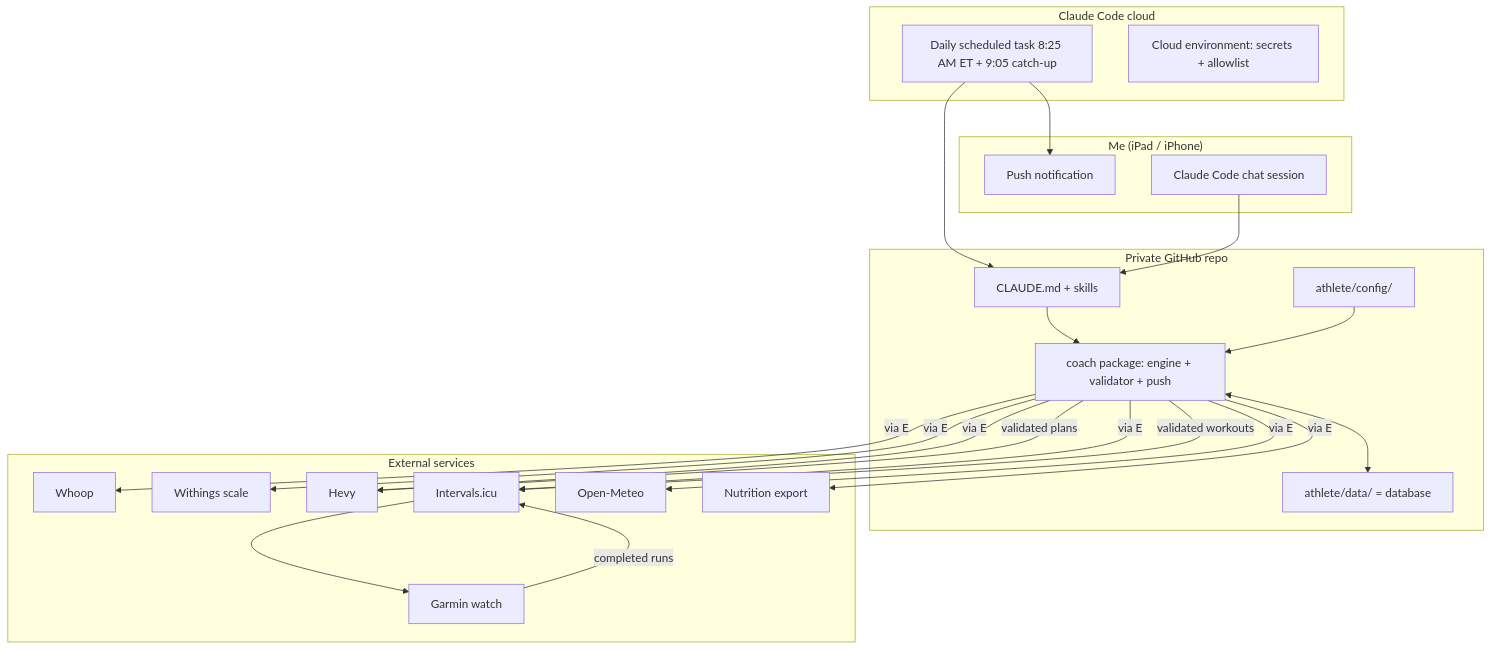
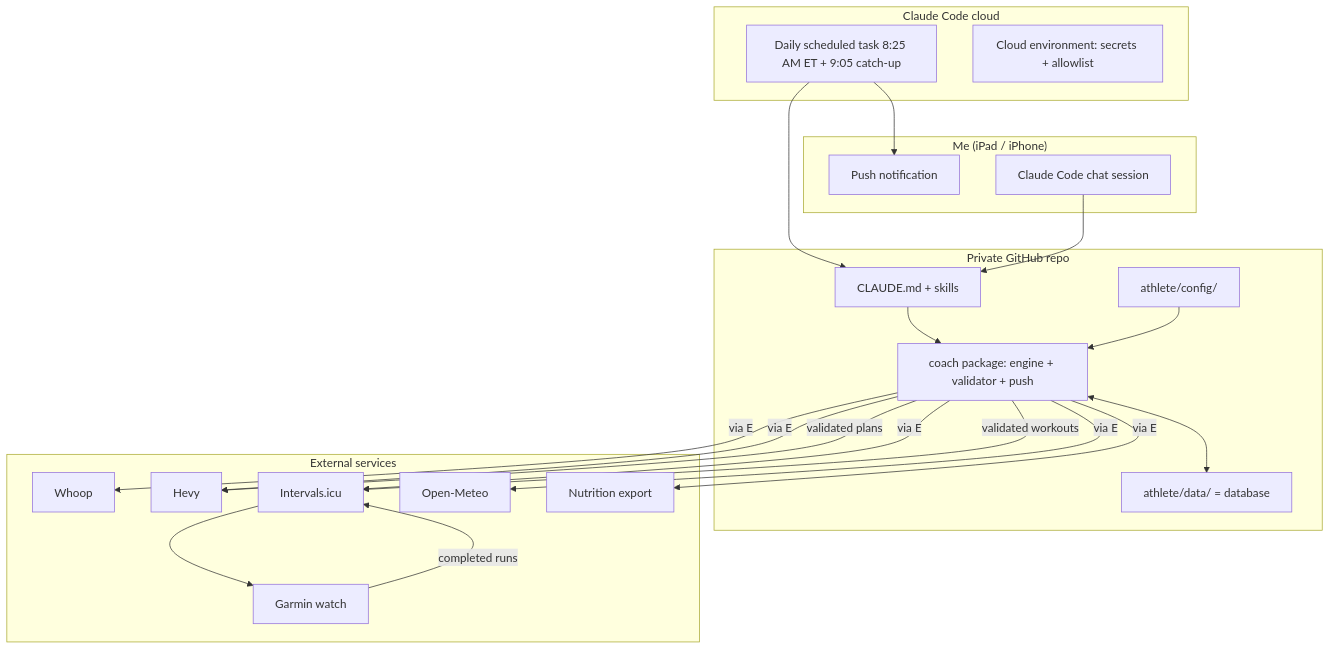
One commit to evanspill/coach changed the first of 6 diagrams in docs/ARCHITECTURE.md. Above: the diagram before and after it, drawn with Mermaid. The commit also changed other lines of this file and 41 other files, not shown here.

````diff
--- a/docs/ARCHITECTURE.md
+++ b/docs/ARCHITECTURE.md
@@ -6,37 +6,36 @@
 ```mermaid
 flowchart TB
   subgraph Me["Me (iPad / iPhone)"]
     N[Push notification]
     S[Claude Code chat session]
   end
   subgraph Claude["Claude Code cloud"]
     T[Daily scheduled task 8:25 AM ET + 9:05 catch-up]
     E[Cloud environment: secrets + allowlist]
   end
   subgraph Repo["Private GitHub repo"]
     K[CLAUDE.md + skills]
     C[athlete/config/]
     P[coach package: engine + validator + push]
     ST[athlete/data/ = database]
   end
   subgraph APIs["External services"]
     W[Whoop]
-    WS[Withings scale]
     H[Hevy]
     I[Intervals.icu]
     G[Garmin watch]
     M[Open-Meteo]
     NU[Nutrition export]
   end
   T --> K
   S --> K
   K --> P
   P <--> ST
   C --> P
-  P -- via E --> W & WS & H & I & M & NU
+  P -- via E --> W & H & I & M & NU
   P -- validated plans --> H
   P -- validated workouts --> I
   I --> G
   G -- completed runs --> I
   T --> N
 ```
````
